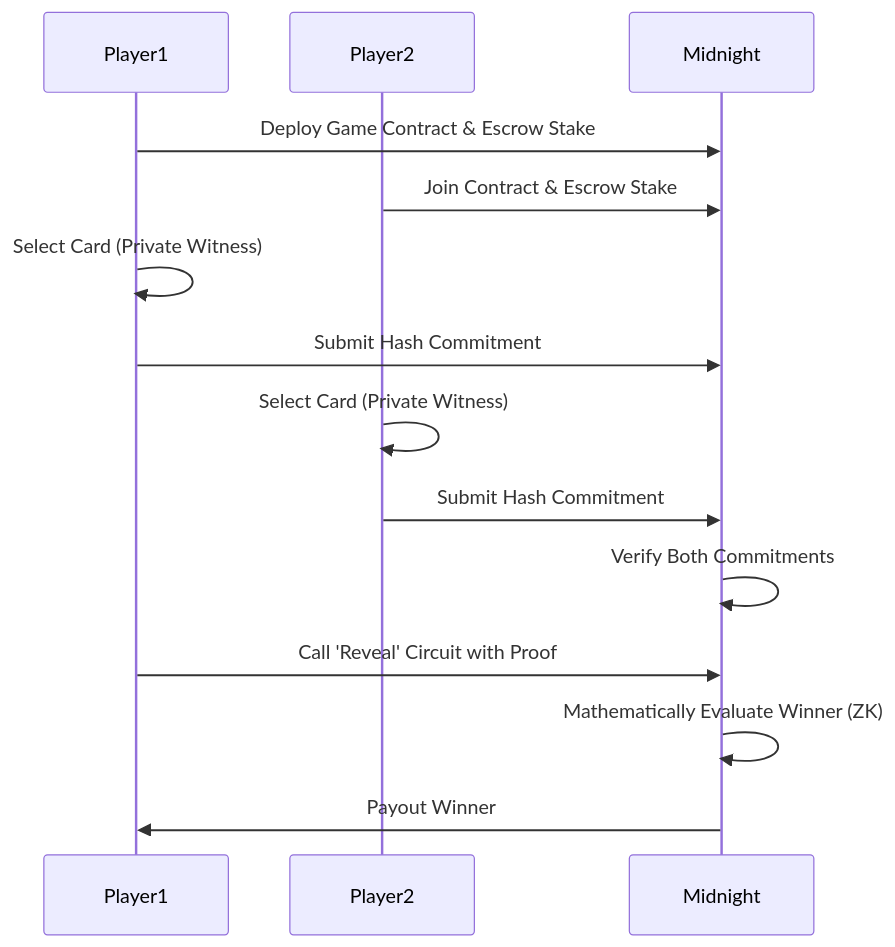
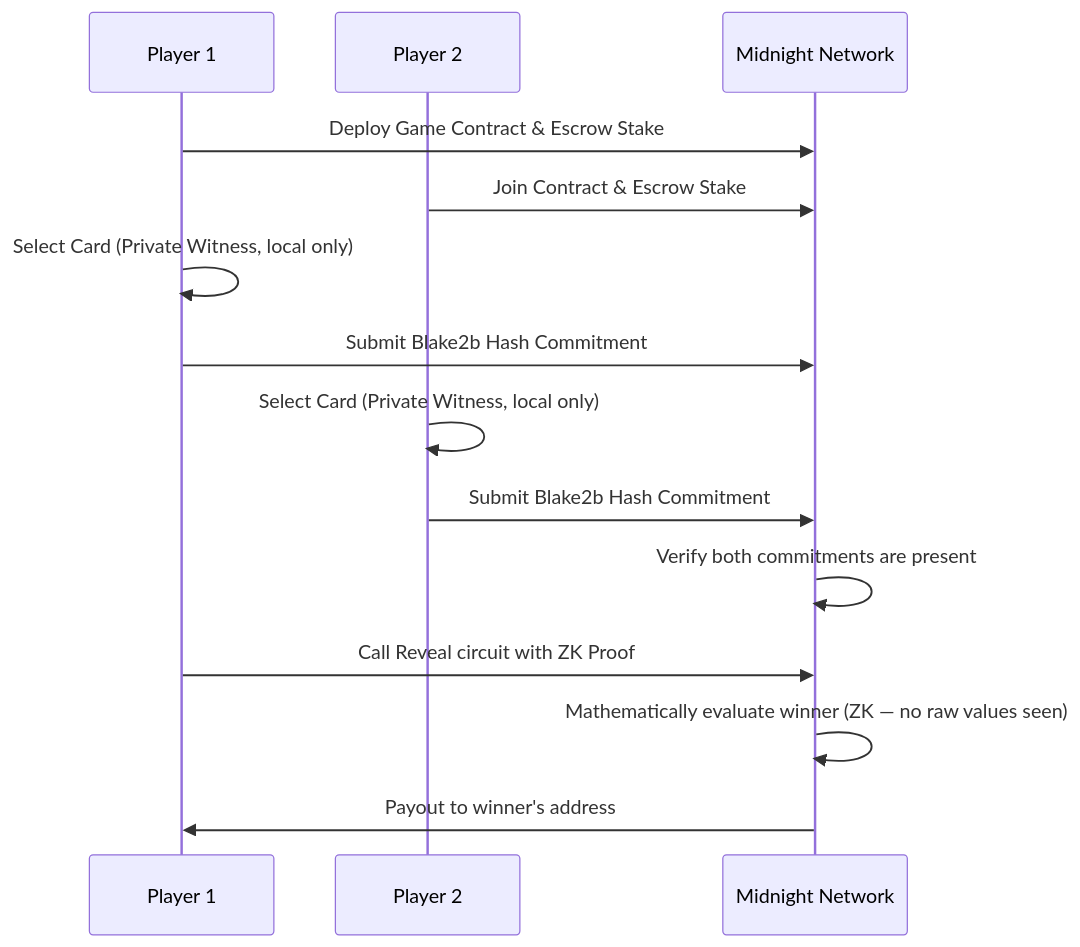
The second of 2 diagrams in README.md (aditya-jha033/ShadowArena), drawn with Mermaid before and after one commit. The commit also changed other lines of this file, not shown here.

````diff
--- a/README.md
+++ b/README.md
@@ -146,17 +200,17 @@
 ```mermaid
 sequenceDiagram
-    participant Player1
-    participant Player2
-    participant Midnight
-    
-    Player1->>Midnight: Deploy Game Contract & Escrow Stake
-    Player2->>Midnight: Join Contract & Escrow Stake
-    Player1->>Player1: Select Card (Private Witness)
-    Player1->>Midnight: Submit Hash Commitment
-    Player2->>Player2: Select Card (Private Witness)
-    Player2->>Midnight: Submit Hash Commitment
-    Midnight->>Midnight: Verify Both Commitments
-    Player1->>Midnight: Call 'Reveal' Circuit with Proof
-    Midnight->>Midnight: Mathematically Evaluate Winner (ZK)
-    Midnight->>Player1: Payout Winner
+    participant P1 as Player 1
+    participant P2 as Player 2
+    participant MW as Midnight Network
+
+    P1->>MW: Deploy Game Contract & Escrow Stake
+    P2->>MW: Join Contract & Escrow Stake
+    P1->>P1: Select Card (Private Witness, local only)
+    P1->>MW: Submit Blake2b Hash Commitment
+    P2->>P2: Select Card (Private Witness, local only)
+    P2->>MW: Submit Blake2b Hash Commitment
+    MW->>MW: Verify both commitments are present
+    P1->>MW: Call Reveal circuit with ZK Proof
+    MW->>MW: Mathematically evaluate winner (ZK — no raw values seen)
+    MW->>P1: Payout to winner's address
 ```
````
